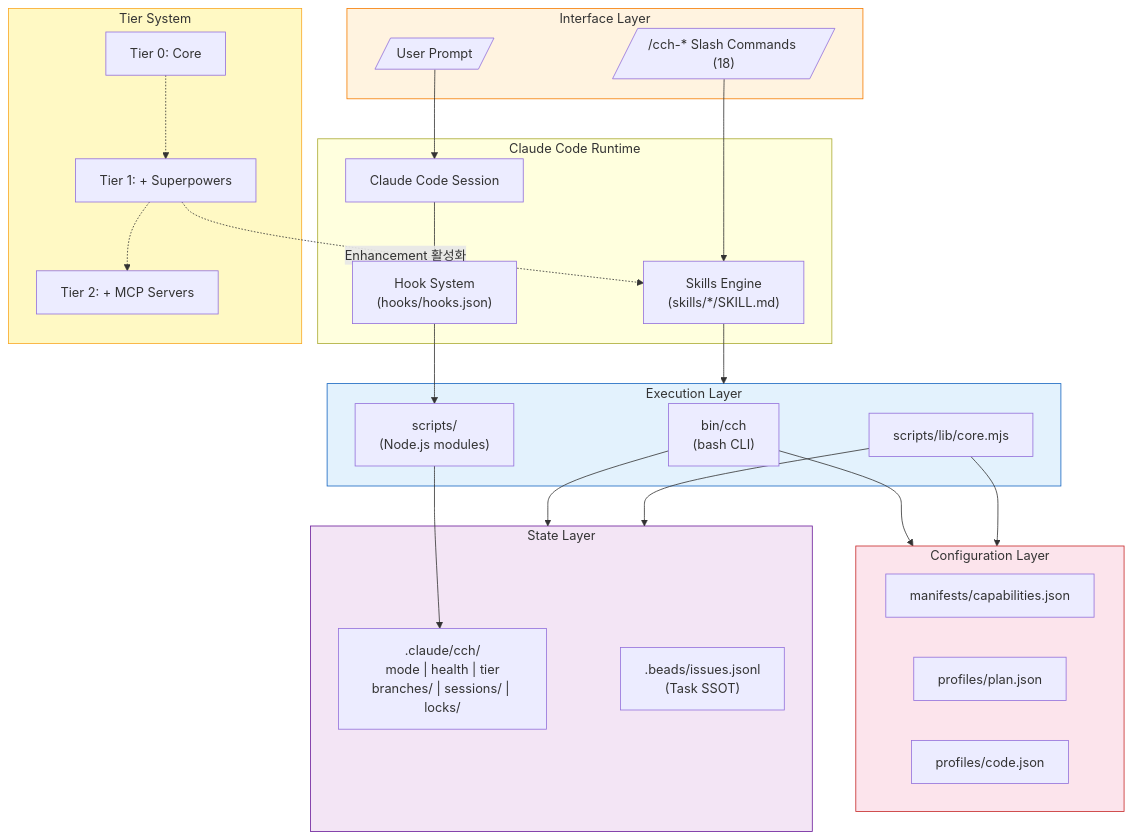
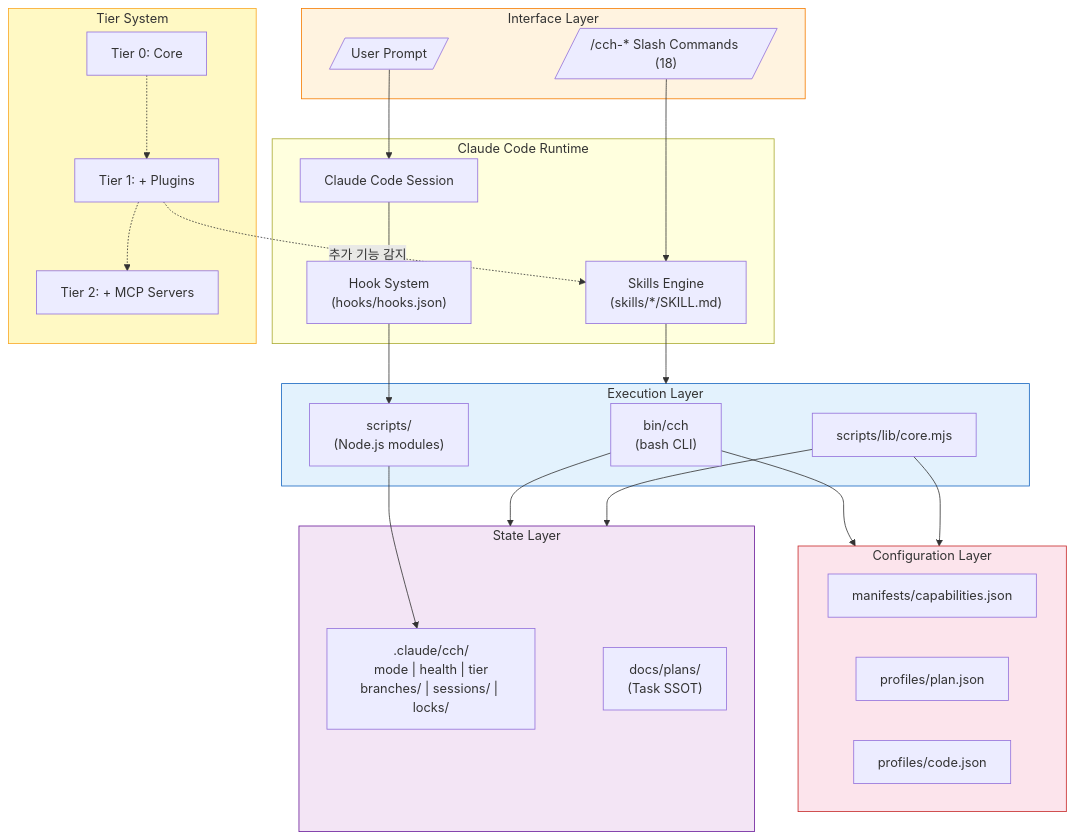
Diagram 16 of 17 in docs/diagrams/cch-workflows.md (skdkfk8758/claude-code-harness), drawn with Mermaid before and after one commit. The commit also changed other lines of this file and 1 other file, not shown here.

First line of the commit message:
docs: update workflow diagrams for v3, archive plugin reference

````diff
--- a/docs/diagrams/cch-workflows.md
+++ b/docs/diagrams/cch-workflows.md
@@ -795,56 +732,56 @@
 ```mermaid
 graph TB
     subgraph UserLayer["Interface Layer"]
         USER[/"User Prompt"/]
         SLASH[/"/cch-* Slash Commands (18)"/]
     end
 
     subgraph Runtime["Claude Code Runtime"]
         CC["Claude Code Session"]
         HOOKS["Hook System<br/>(hooks/hooks.json)"]
         SKILLS["Skills Engine<br/>(skills/*/SKILL.md)"]
     end
 
     subgraph Engine["Execution Layer"]
         BIN["bin/cch<br/>(bash CLI)"]
         SCRIPTS["scripts/<br/>(Node.js modules)"]
         CORE["scripts/lib/core.mjs"]
     end
 
     subgraph Config["Configuration Layer"]
         CAP["manifests/capabilities.json"]
         PROF_P["profiles/plan.json"]
         PROF_C["profiles/code.json"]
     end
 
     subgraph State["State Layer"]
         CCH_STATE[".claude/cch/<br/>mode | health | tier<br/>branches/ | sessions/ | locks/"]
-        BEADS[".beads/issues.jsonl<br/>(Task SSOT)"]
+        PLANS_ST["docs/plans/<br/>(Task SSOT)"]
     end
 
     subgraph Tier["Tier System"]
         T0["Tier 0: Core"]
-        T1["Tier 1: + Superpowers"]
+        T1["Tier 1: + Plugins"]
         T2["Tier 2: + MCP Servers"]
     end
 
     USER --> CC
     SLASH --> SKILLS
     CC --> HOOKS
     SKILLS --> Engine
     HOOKS --> SCRIPTS
 
     BIN --> Config
     BIN --> State
     CORE --> Config & State
     SCRIPTS --> CCH_STATE
 
     T0 -.-> T1 -.-> T2
-    T1 -.->|"Enhancement 활성화"| SKILLS
+    T1 -.->|"추가 기능 감지"| SKILLS
 
     style UserLayer fill:#FFF3E0,stroke:#F57C00
     style Engine fill:#E3F2FD,stroke:#1565C0
     style Config fill:#FCE4EC,stroke:#C62828
     style State fill:#F3E5F5,stroke:#6A1B9A
     style Tier fill:#FFF9C4,stroke:#F9A825
 ```
````
